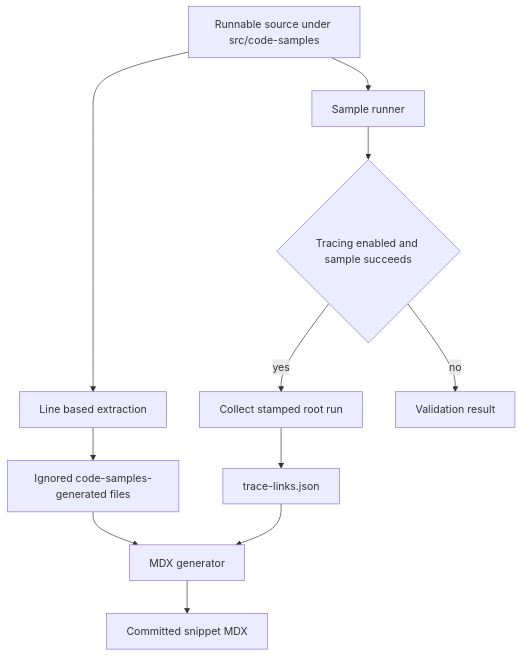
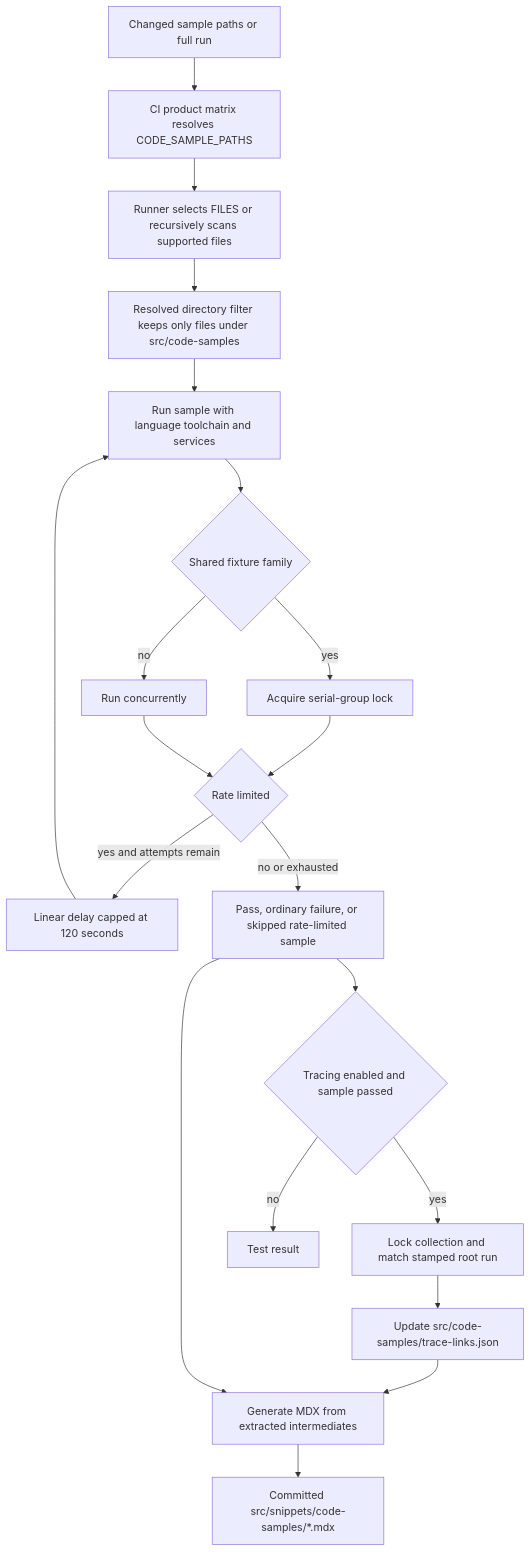
The first of 2 diagrams in openwiki/workflows/code-sample-lifecycle.md (langchain-ai/docs), drawn with Mermaid before and after one commit. The commit also changed other lines of this file and 43 other files, not shown here.

````diff
--- a/openwiki/workflows/code-sample-lifecycle.md
+++ b/openwiki/workflows/code-sample-lifecycle.md
@@ -51,13 +51,22 @@
 ```mermaid
 flowchart TD
-  Source["Runnable source under src/code-samples"] --> Runner["Sample runner"]
-  Source --> Extract["Line based extraction"]
-  Extract --> Intermediate["Ignored code-samples-generated files"]
-  Intermediate --> Render["MDX generator"]
-  Render --> MDX["Committed snippet MDX"]
-  Runner --> Decision{"Tracing enabled and sample succeeds"}
-  Decision -->|"yes"| Collect["Collect stamped root run"]
-  Collect --> Manifest["trace-links.json"]
-  Manifest --> Render
-  Decision -->|"no"| Result["Validation result"]
+  Change["Changed sample paths or full run"] --> Matrix["CI product matrix resolves CODE_SAMPLE_PATHS"]
+  Matrix --> Select["Runner selects FILES or recursively scans supported files"]
+  Select --> Filter["Resolved directory filter keeps only files under src/code-samples"]
+  Filter --> Execute["Run sample with language toolchain and services"]
+  Execute --> Shared{"Shared fixture family"}
+  Shared -->|"yes"| Serial["Acquire serial-group lock"]
+  Shared -->|"no"| Parallel["Run concurrently"]
+  Serial --> Retry{"Rate limited"}
+  Parallel --> Retry
+  Retry -->|"yes and attempts remain"| Backoff["Linear delay capped at 120 seconds"]
+  Backoff --> Execute
+  Retry -->|"no or exhausted"| Outcome["Pass, ordinary failure, or skipped rate-limited sample"]
+  Outcome --> Trace{"Tracing enabled and sample passed"}
+  Trace -->|"yes"| Collect["Lock collection and match stamped root run"]
+  Trace -->|"no"| Result["Test result"]
+  Collect --> Manifest["Update src/code-samples/trace-links.json"]
+  Manifest --> Generate["Generate MDX from extracted intermediates"]
+  Outcome --> Generate
+  Generate --> Snippets["Committed src/snippets/code-samples/*.mdx"]
 ```
````
